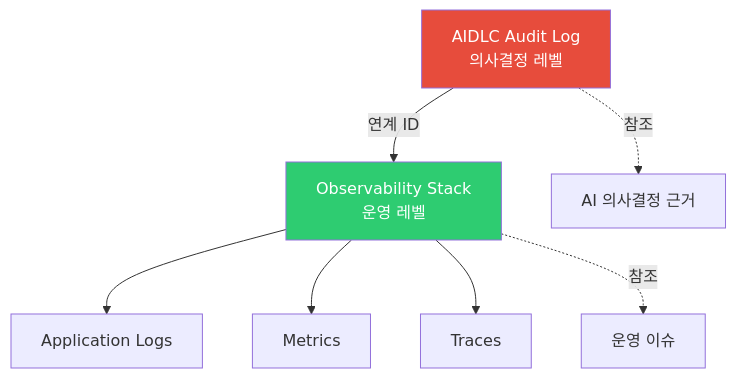
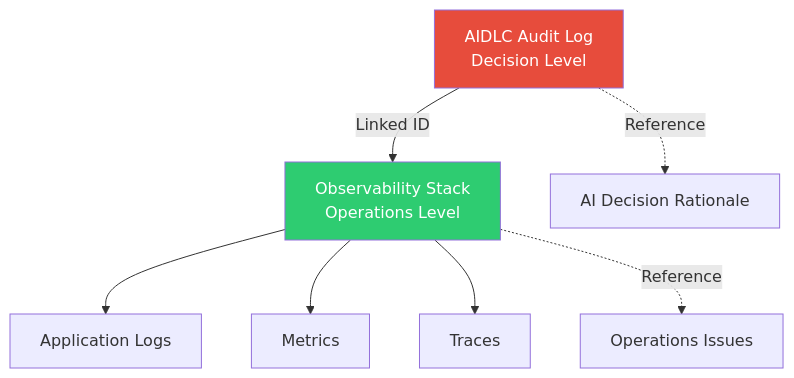
The fourth of 5 diagrams in docs/aidlc/operations/audit-governance.md (devfloor9/engineering-playbook), drawn with Mermaid before and after one commit. The commit also changed other lines of this file and 954 other files, not shown here.

````diff
--- a/docs/aidlc/operations/audit-governance.md
+++ b/docs/aidlc/operations/audit-governance.md
@@ -513,20 +515,20 @@
 ```mermaid
 graph TB
-    AUDIT[AIDLC Audit Log<br/>의사결정 레벨]
-    OBS[Observability Stack<br/>운영 레벨]
+    AUDIT[AIDLC Audit Log<br/>Decision Level]
+    OBS[Observability Stack<br/>Operations Level]
 
     APP[Application Logs]
     MET[Metrics]
     TRA[Traces]
 
-    AUDIT -->|연계 ID| OBS
+    AUDIT -->|Linked ID| OBS
     OBS --> APP
     OBS --> MET
     OBS --> TRA
 
-    AUDIT -.참조.-> DECISIONS[AI 의사결정 근거]
-    OBS -.참조.-> INCIDENTS[운영 이슈]
+    AUDIT -.Reference.-> DECISIONS[AI Decision Rationale]
+    OBS -.Reference.-> INCIDENTS[Operations Issues]
 
     style AUDIT fill:#e74c3c,color:#fff
     style OBS fill:#2ecc71,color:#fff
 ```
````
